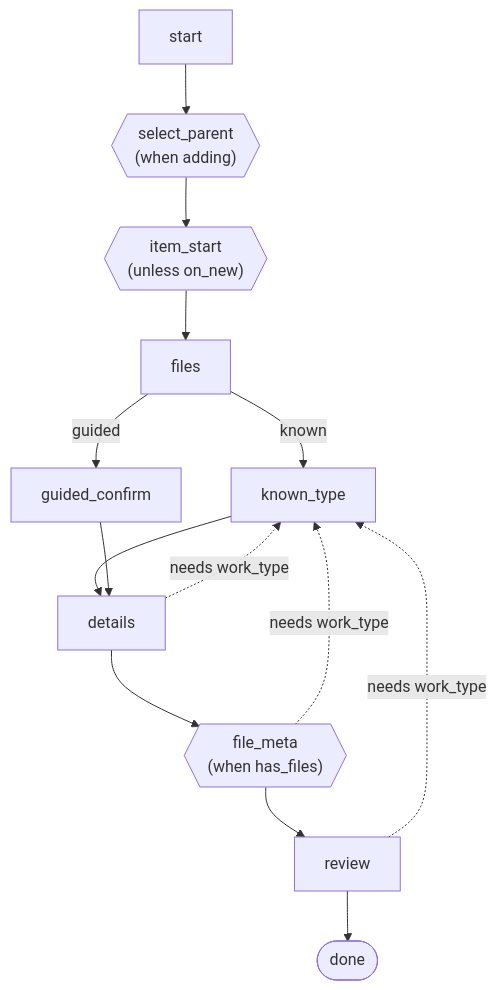
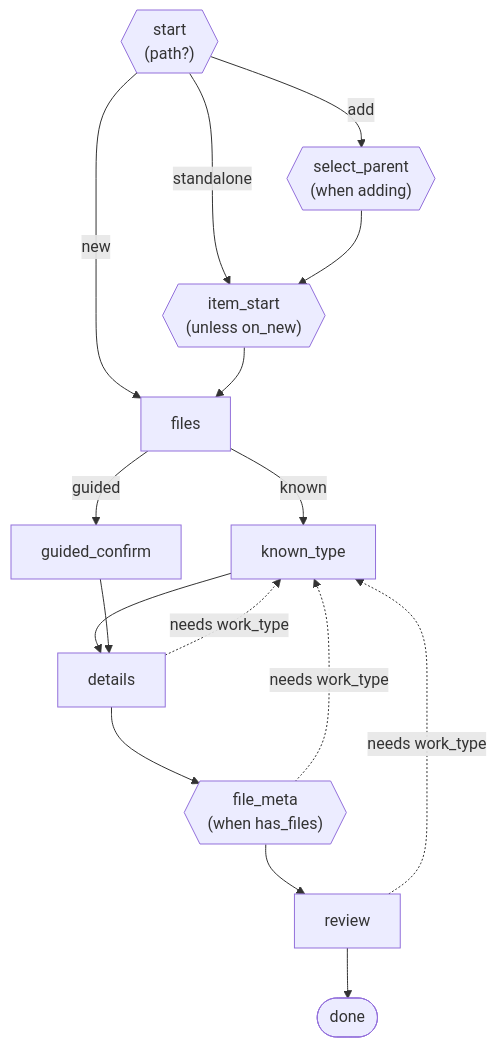
The third of 3 diagrams in README.md (laritakr/flow_wizard), drawn with Mermaid before and after one commit. The commit also changed other lines of this file and 5 other files, not shown here.

First line of the commit message:
Add a decision fork for routing steps in the diagram

````diff
--- a/README.md
+++ b/README.md
@@ -158,26 +171,28 @@
 ```mermaid
 flowchart TD
-  start["start"]
+  start{{"start<br/>(path?)"}}
   select_parent{{"select_parent<br/>(when adding)"}}
   item_start{{"item_start<br/>(unless on_new)"}}
   files["files"]
   known_type["known_type"]
   guided_confirm["guided_confirm"]
   details["details"]
   file_meta{{"file_meta<br/>(when has_files)"}}
   review["review"]
   done(["done"])
-  start --> select_parent
+  start -->|add| select_parent
+  start -->|standalone| item_start
+  start -->|new| files
   select_parent --> item_start
   item_start --> files
   files -->|known| known_type
   known_type --> details
   files -->|guided| guided_confirm
   guided_confirm --> details
   details --> file_meta
   file_meta --> review
   review --> done
   details -. needs work_type .-> known_type
   file_meta -. needs work_type .-> known_type
   review -. needs work_type .-> known_type
 ```
````
